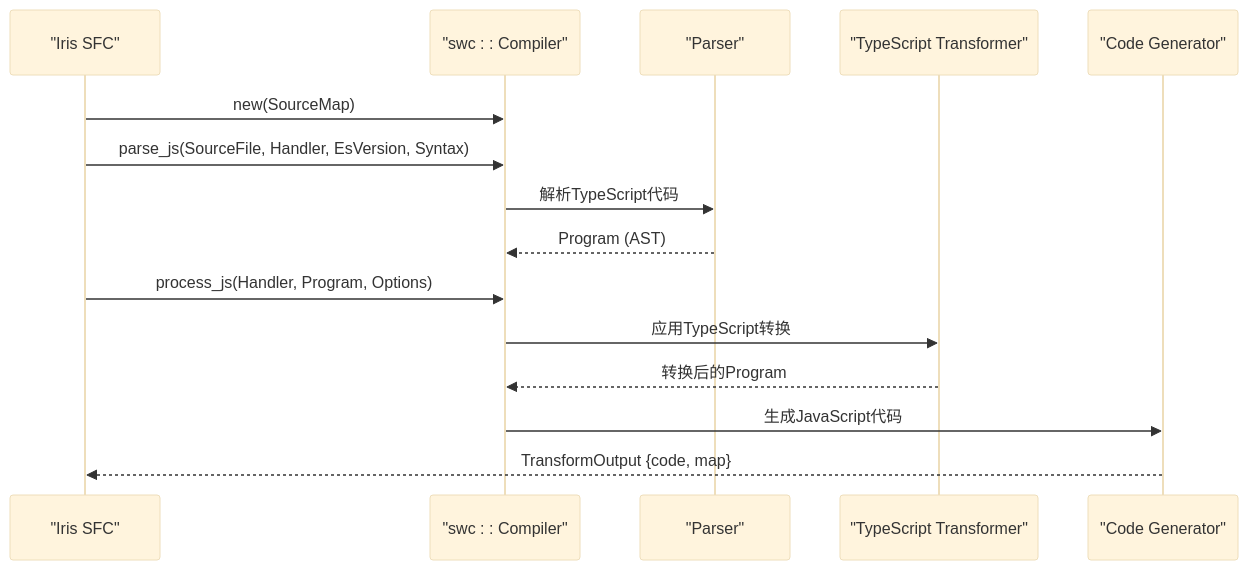
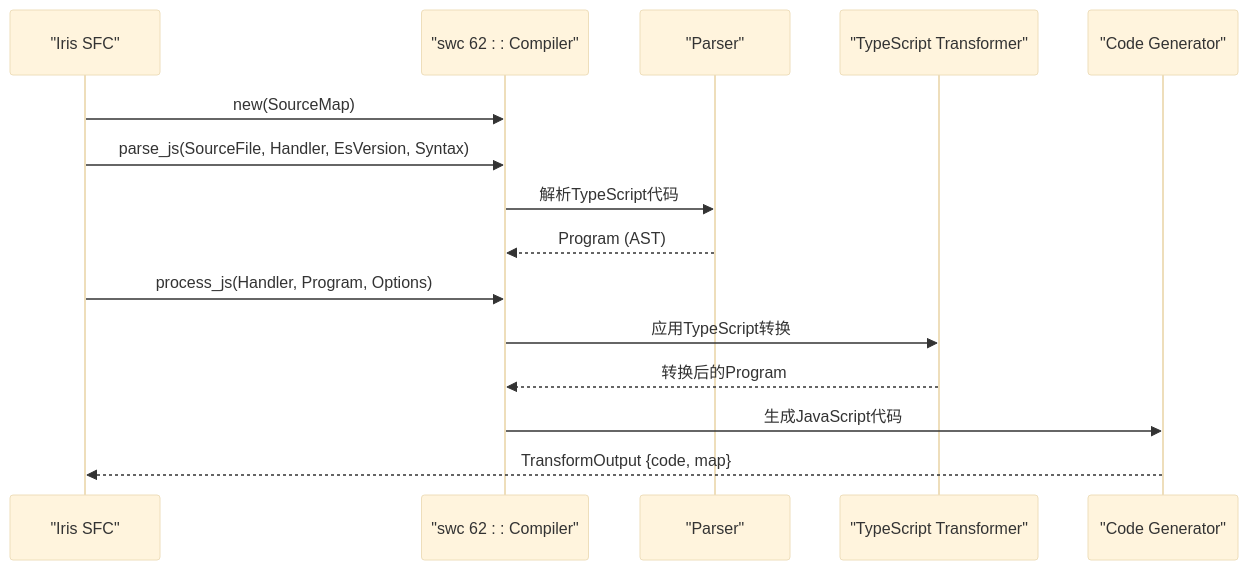
The second of 7 diagrams in .qoder/repowiki/zh/content/项目概述/技术架构总览/SWC集成可行性评估.md (itszzl-sudo/iris), drawn with Mermaid (base theme) before and after one commit. The commit also changed other lines of this file and 23 other files, not shown here.

````diff
--- a/.qoder/repowiki/zh/content/项目概述/技术架构总览/SWC集成可行性评估.md
+++ b/.qoder/repowiki/zh/content/项目概述/技术架构总览/SWC集成可行性评估.md
@@ -93,17 +102,17 @@
 ```mermaid
 sequenceDiagram
 participant Client as "Iris SFC"
-participant Compiler as "swc : : Compiler"
+participant Compiler as "swc 62 : : Compiler"
 participant Parser as "Parser"
 participant Transformer as "TypeScript Transformer"
 participant CodeGen as "Code Generator"
 Client->>Compiler : new(SourceMap)
 Client->>Compiler : parse_js(SourceFile, Handler, EsVersion, Syntax)
 Compiler->>Parser : 解析TypeScript代码
 Parser-->>Compiler : Program (AST)
 Client->>Compiler : process_js(Handler, Program, Options)
 Compiler->>Transformer : 应用TypeScript转换
 Transformer-->>Compiler : 转换后的Program
 Compiler->>CodeGen : 生成JavaScript代码
 CodeGen-->>Client : TransformOutput {code, map}
 ```
````
